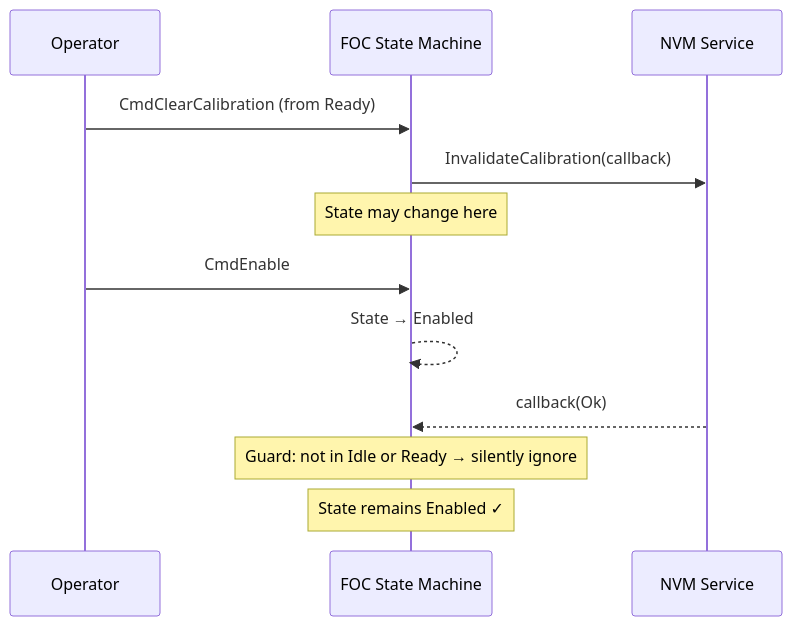
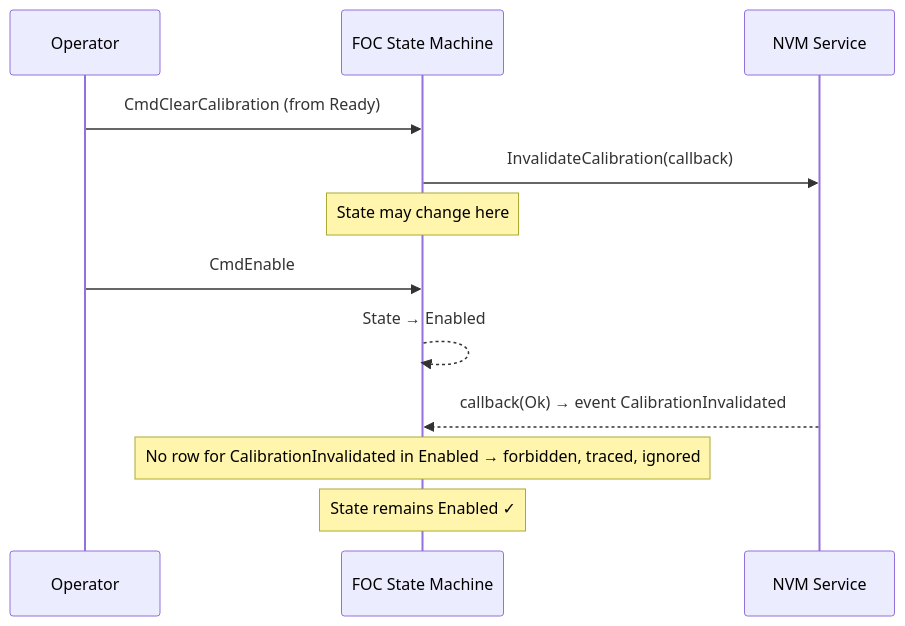
Before and after one commit to embedded-pro/e-foc: the third of 7 diagrams in documentation/design/state-machine.md, drawn with Mermaid. The commit also changed other lines of this file and 61 other files, not shown here.

````diff
--- a/documentation/design/state-machine.md
+++ b/documentation/design/state-machine.md
@@ -263,17 +391,17 @@
 ```mermaid
 sequenceDiagram
     participant Op as Operator
     participant SM as FOC State Machine
     participant NVM as NVM Service
 
     Op->>SM: CmdClearCalibration (from Ready)
     SM->>NVM: InvalidateCalibration(callback)
     note over SM: State may change here
 
     Op->>SM: CmdEnable
     SM-->>SM: State → Enabled
 
-    NVM-->>SM: callback(Ok)
-    note over SM: Guard: not in Idle or Ready → silently ignore
+    NVM-->>SM: callback(Ok) → event CalibrationInvalidated
+    note over SM: No row for CalibrationInvalidated in Enabled → forbidden, traced, ignored
     note over SM: State remains Enabled ✓
 ```
````
